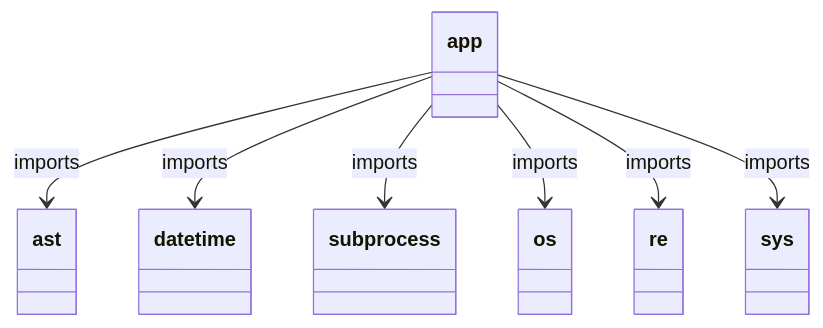
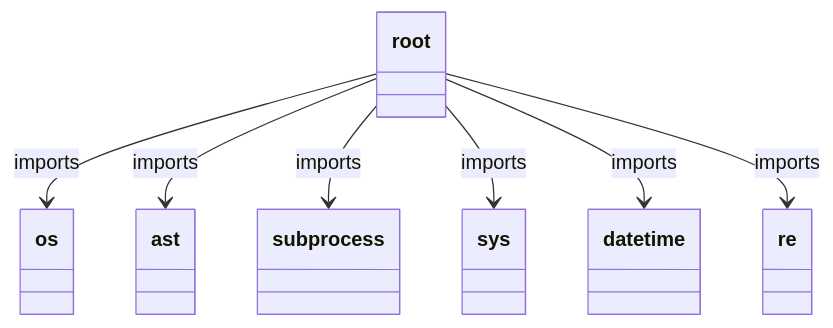
The second of 3 diagrams in openwiki/root.md (lgcorzo/mlops-rust-package), drawn with Mermaid before and after one commit. The commit also changed other lines of this file and 4 other files, not shown here.

````diff
--- a/openwiki/root.md
+++ b/openwiki/root.md
@@ -29,16 +29,16 @@
 ```mermaid
 classDiagram
-    class app {}
+    class root {}
+    class os {}
+    root --> os : imports
     class ast {}
-    app --> ast : imports
+    root --> ast : imports
+    class subprocess {}
+    root --> subprocess : imports
+    class sys {}
+    root --> sys : imports
     class datetime {}
-    app --> datetime : imports
-    class subprocess {}
-    app --> subprocess : imports
-    class os {}
-    app --> os : imports
+    root --> datetime : imports
     class re {}
-    app --> re : imports
-    class sys {}
-    app --> sys : imports
+    root --> re : imports
 ```
````
